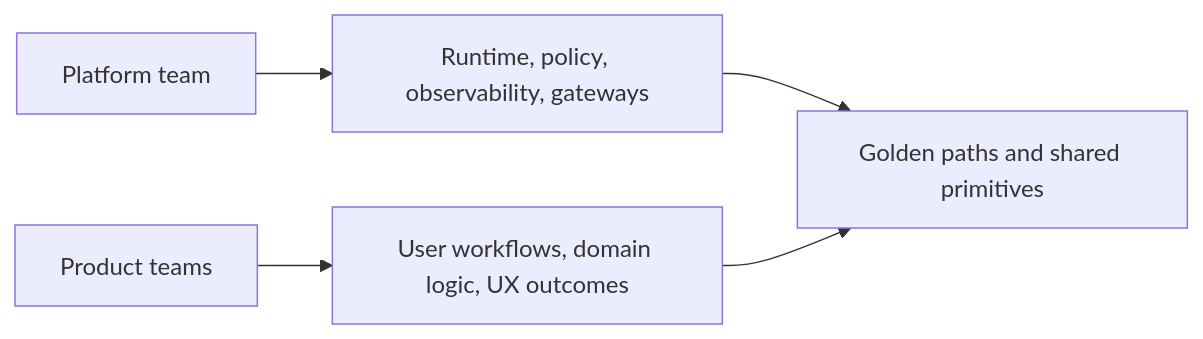
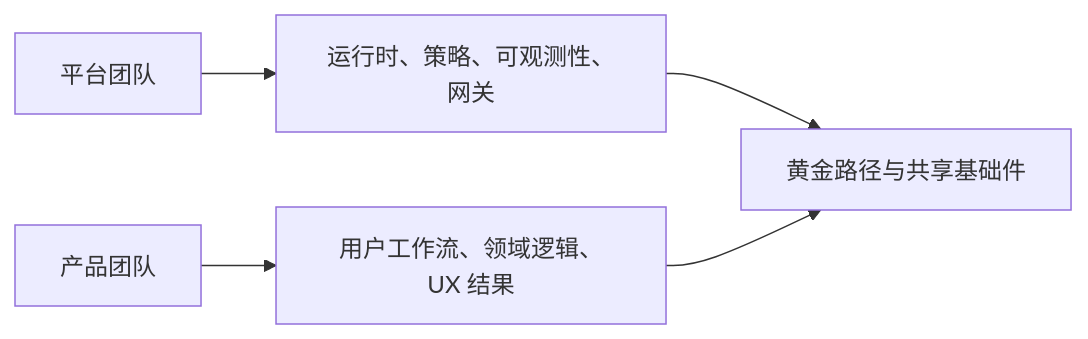
One commit to agent-axiom/agent-arch changed the diagram in docs/book/part-vi/chapter-14.zh.md. Above: the diagram before and after it, drawn with Mermaid. The commit also changed other lines of this file, not shown here.

Commit message:
Polish Chinese chapter fourteen platform prose

````diff
--- a/docs/book/part-vi/chapter-14.zh.md
+++ b/docs/book/part-vi/chapter-14.zh.md
@@ -79,7 +79,7 @@
 ``` mermaid
 flowchart LR
-    A["Platform team"] --> B["Runtime, policy, observability, gateways"]
-    C["Product teams"] --> D["User workflows, domain logic, UX outcomes"]
-    B --> E["Golden paths and shared primitives"]
+    A["平台团队"] --> B["运行时、策略、可观测性、网关"]
+    C["产品团队"] --> D["用户工作流、领域逻辑、UX 结果"]
+    B --> E["黄金路径与共享基础件"]
     D --> E
 ```
````
